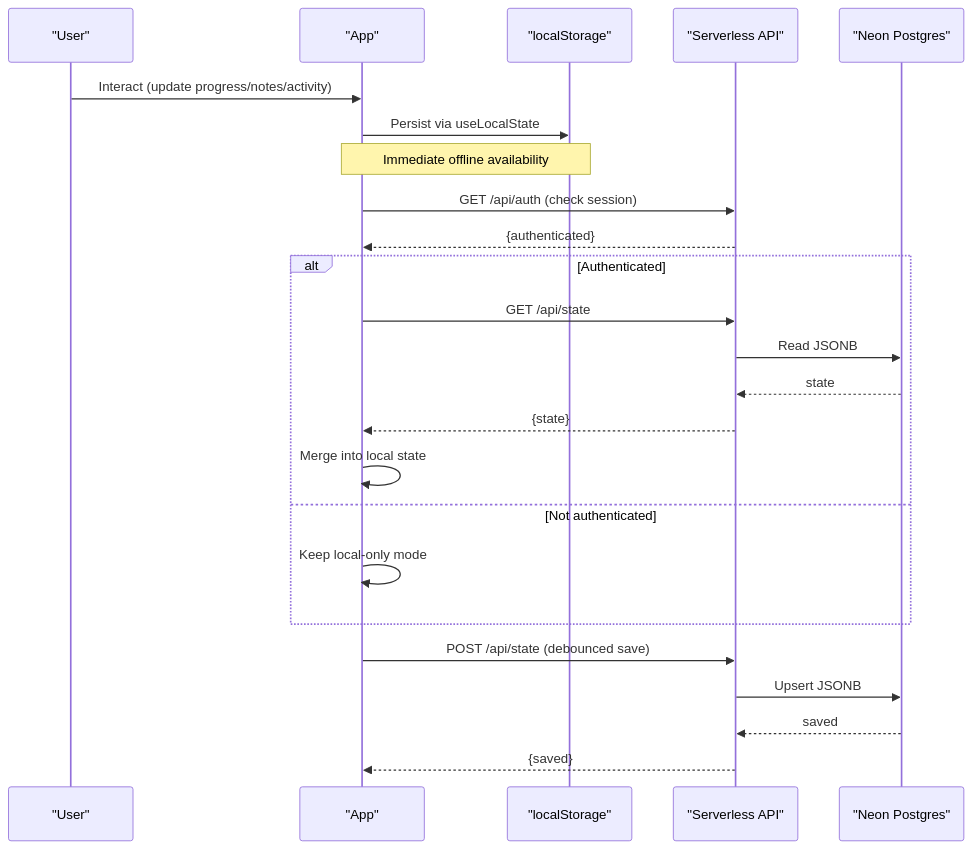
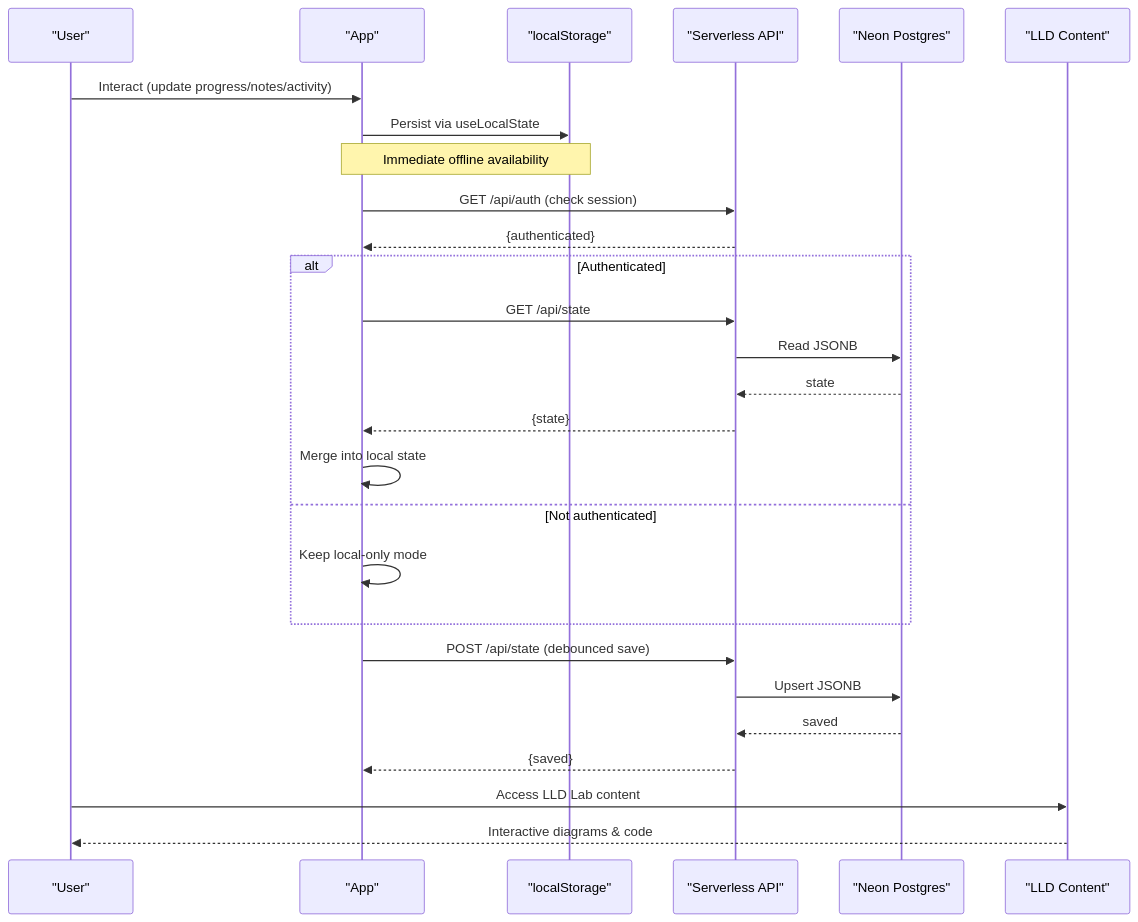
One commit to iamrituraj/DSA-Tracker changed the second of 7 diagrams in .qoder/repowiki/en/content/Frontend Application/Application Architecture.md. Above: the diagram before and after it, drawn with Mermaid. The commit also changed other lines of this file and 15 other files, not shown here.

First line of the commit message:
Upgrade LLD Lab to SDE-2 depth with UML and playground sims

````diff
--- a/.qoder/repowiki/en/content/Frontend Application/Application Architecture.md
+++ b/.qoder/repowiki/en/content/Frontend Application/Application Architecture.md
@@ -83,26 +98,29 @@
 ```mermaid
 sequenceDiagram
 participant U as "User"
 participant A as "App"
 participant LS as "localStorage"
 participant API as "Serverless API"
 participant DB as "Neon Postgres"
+participant LLD as "LLD Content"
 U->>A : Interact (update progress/notes/activity)
 A->>LS : Persist via useLocalState
 Note over A,LS : Immediate offline availability
 A->>API : GET /api/auth (check session)
 API-->>A : {authenticated}
 alt Authenticated
 A->>API : GET /api/state
 API->>DB : Read JSONB
 DB-->>API : state
 API-->>A : {state}
 A->>A : Merge into local state
 else Not authenticated
 A->>A : Keep local-only mode
 end
 A->>API : POST /api/state (debounced save)
 API->>DB : Upsert JSONB
 DB-->>API : saved
 API-->>A : {saved}
+U->>LLD : Access LLD Lab content
+LLD-->>U : Interactive diagrams & code
 ```
````
